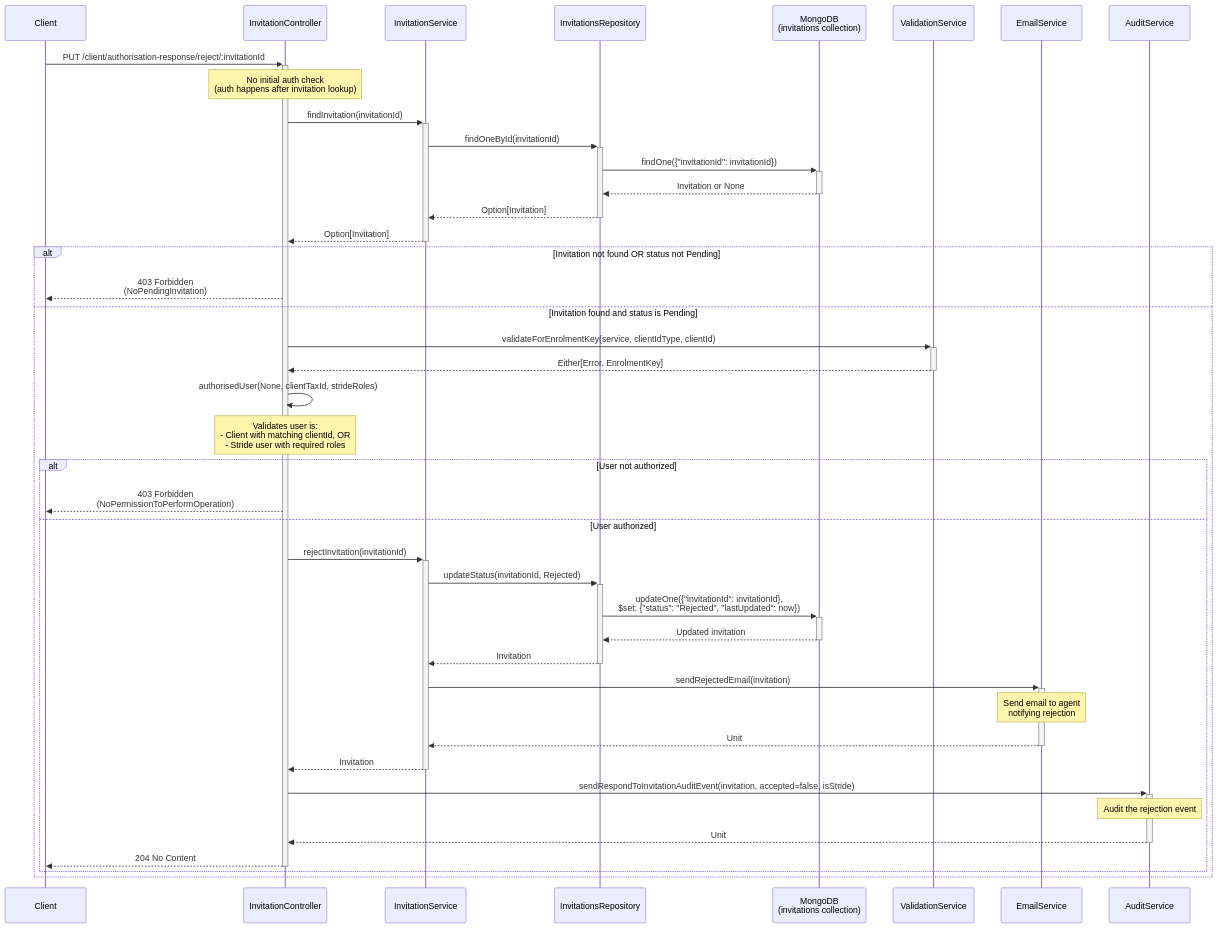
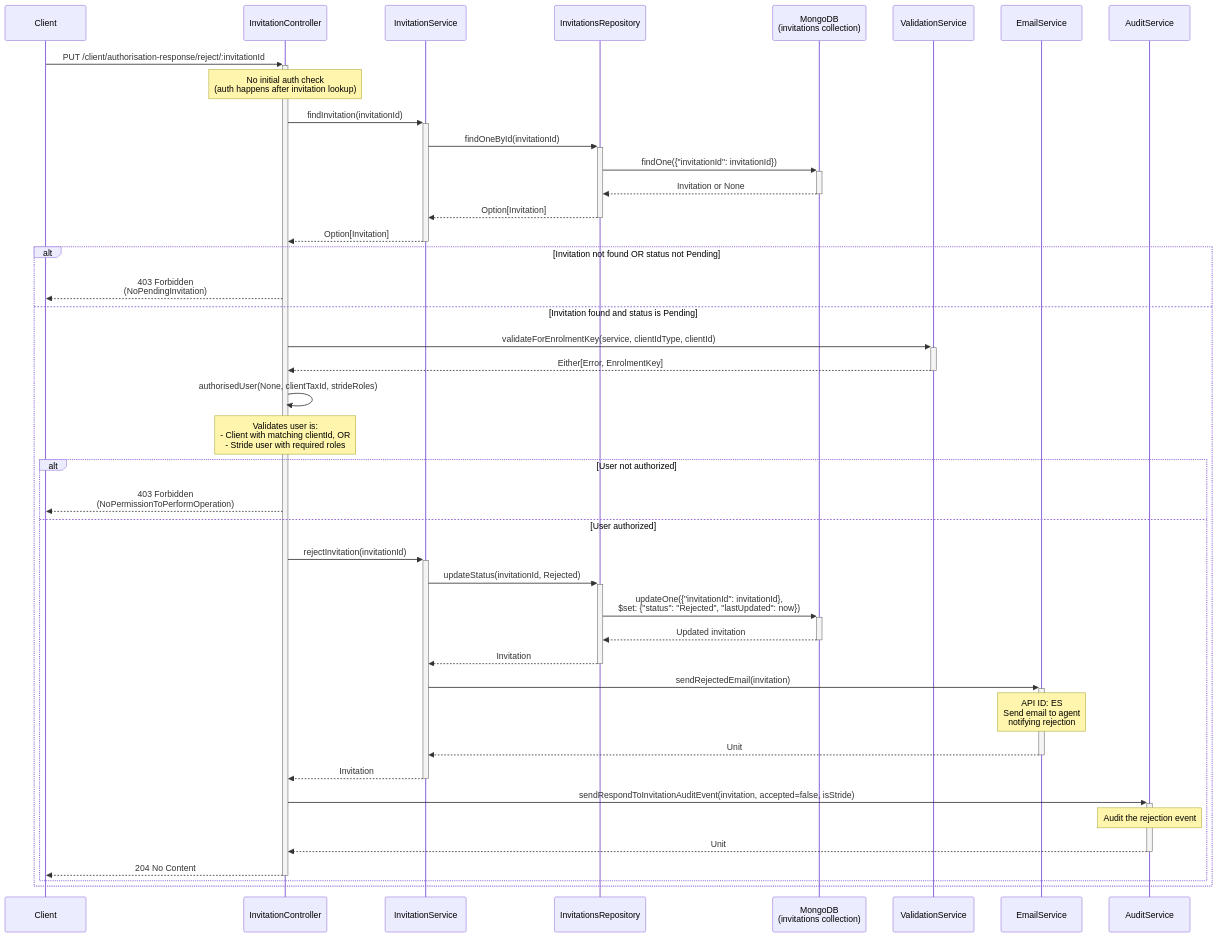
One commit to hmrc/agent-client-relationships changed the diagram in service-dependency-map/agent-client-relationships/ACR15/ACR15.mmd. Above: the diagram before and after it, drawn with Mermaid. The commit also changed 88 other files, not shown here.

```diff
--- a/service-dependency-map/agent-client-relationships/ACR15/ACR15.mmd
+++ b/service-dependency-map/agent-client-relationships/ACR15/ACR15.mmd
@@ -1,56 +1,56 @@
 %% Last Updated: 2025-11-20
 %% Git Commit SHA: b2138b4e3958677748c1820c3d715d4fbb9d3b2c
 %% Analysis Version: 1.0
 
 sequenceDiagram
     participant Client
     participant IC as InvitationController
     participant IS as InvitationService
     participant IR as InvitationsRepository
     participant Mongo as MongoDB<br/>(invitations collection)
     participant VS as ValidationService
     participant ES as EmailService
     participant AS as AuditService
 
     Client->>+IC: PUT /client/authorisation-response/reject/:invitationId
     Note over IC: No initial auth check<br/>(auth happens after invitation lookup)
 
     IC->>+IS: findInvitation(invitationId)
     IS->>+IR: findOneById(invitationId)
     IR->>+Mongo: findOne({"invitationId": invitationId})
     Mongo-->>-IR: Invitation or None
     IR-->>-IS: Option[Invitation]
     IS-->>-IC: Option[Invitation]
 
     alt Invitation not found OR status not Pending
         IC-->>Client: 403 Forbidden<br/>(NoPendingInvitation)
     else Invitation found and status is Pending
         IC->>+VS: validateForEnrolmentKey(service, clientIdType, clientId)
         VS-->>-IC: Either[Error, EnrolmentKey]
 
         IC->>IC: authorisedUser(None, clientTaxId, strideRoles)
         Note over IC: Validates user is:<br/>- Client with matching clientId, OR<br/>- Stride user with required roles
 
         alt User not authorized
             IC-->>Client: 403 Forbidden<br/>(NoPermissionToPerformOperation)
         else User authorized
             IC->>+IS: rejectInvitation(invitationId)
 
             IS->>+IR: updateStatus(invitationId, Rejected)
             IR->>+Mongo: updateOne({"invitationId": invitationId},<br/>$set: {"status": "Rejected", "lastUpdated": now})
             Mongo-->>-IR: Updated invitation
             IR-->>-IS: Invitation
 
             IS->>+ES: sendRejectedEmail(invitation)
-            Note over ES: Send email to agent<br/>notifying rejection
+            Note over ES: API ID: ES<br/>Send email to agent<br/>notifying rejection
             ES-->>-IS: Unit
 
             IS-->>-IC: Invitation
 
             IC->>+AS: sendRespondToInvitationAuditEvent(invitation, accepted=false, isStride)
             Note over AS: Audit the rejection event
             AS-->>-IC: Unit
 
             IC-->>-Client: 204 No Content
         end
     end
```
